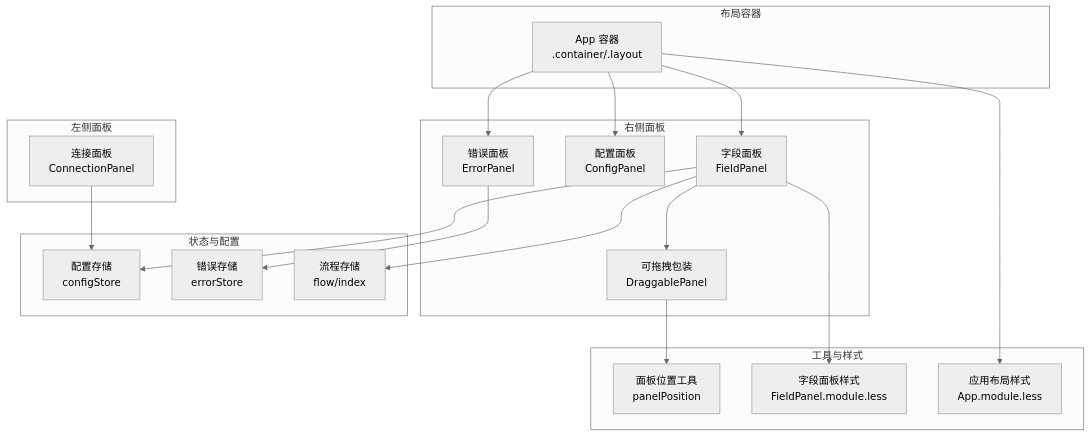
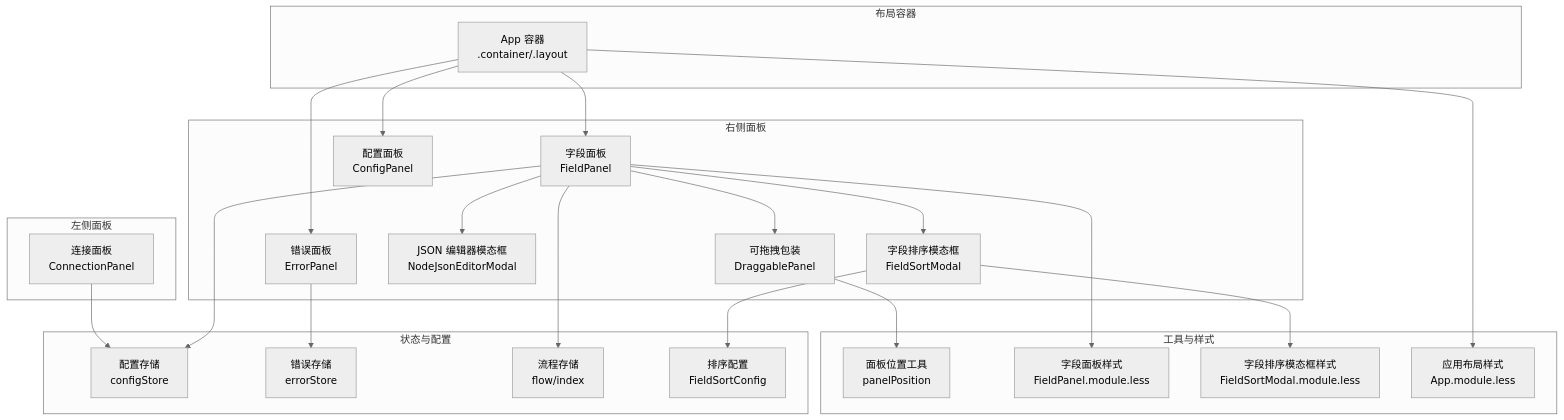
One commit to kqcoxn/MaaPipelineEditor changed the first of 10 diagrams in .qoder/repowiki/zh/content/用户界面/面板系统/面板系统.md. Above: the diagram before and after it, drawn with Mermaid (neutral theme). The commit also changed other lines of this file and 50 other files, not shown here.

````diff
--- a/.qoder/repowiki/zh/content/用户界面/面板系统/面板系统.md
+++ b/.qoder/repowiki/zh/content/用户界面/面板系统/面板系统.md
@@ -50,36 +61,44 @@
 ```mermaid
 graph TB
 subgraph "布局容器"
 APP["App 容器<br/>.container/.layout"]
 end
 subgraph "右侧面板"
 FP["字段面板<br/>FieldPanel"]
 CP["配置面板<br/>ConfigPanel"]
 EP["错误面板<br/>ErrorPanel"]
 DP["可拖拽包装<br/>DraggablePanel"]
+JS["JSON 编辑器模态框<br/>NodeJsonEditorModal"]
+FSM["字段排序模态框<br/>FieldSortModal"]
 end
 subgraph "左侧面板"
 CONP["连接面板<br/>ConnectionPanel"]
 end
 subgraph "状态与配置"
 CS["配置存储<br/>configStore"]
 ES["错误存储<br/>errorStore"]
 FS["流程存储<br/>flow/index"]
+SC["排序配置<br/>FieldSortConfig"]
 end
 subgraph "工具与样式"
 PP["面板位置工具<br/>panelPosition"]
 FPM["字段面板样式<br/>FieldPanel.module.less"]
+FSSM["字段排序模态框样式<br/>FieldSortModal.module.less"]
 AP["应用布局样式<br/>App.module.less"]
 end
 APP --> FP
 APP --> CP
 APP --> EP
 FP --> DP
+FP --> JS
+FP --> FSM
 CONP --> CS
 FP --> CS
 EP --> ES
 FP --> FS
+FSM --> SC
 DP --> PP
 FP --> FPM
+FSM --> FSSM
 APP --> AP
 ```
````
